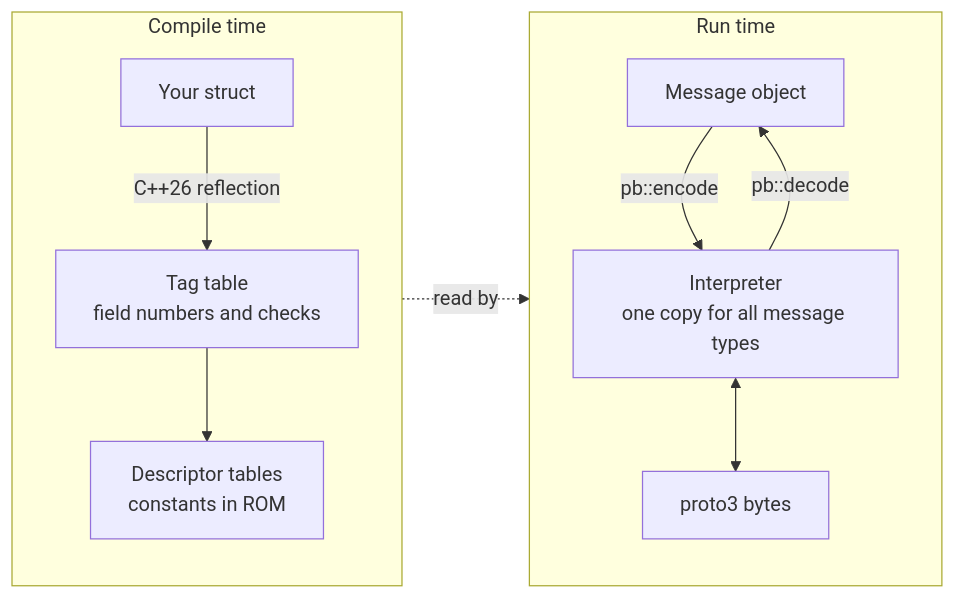
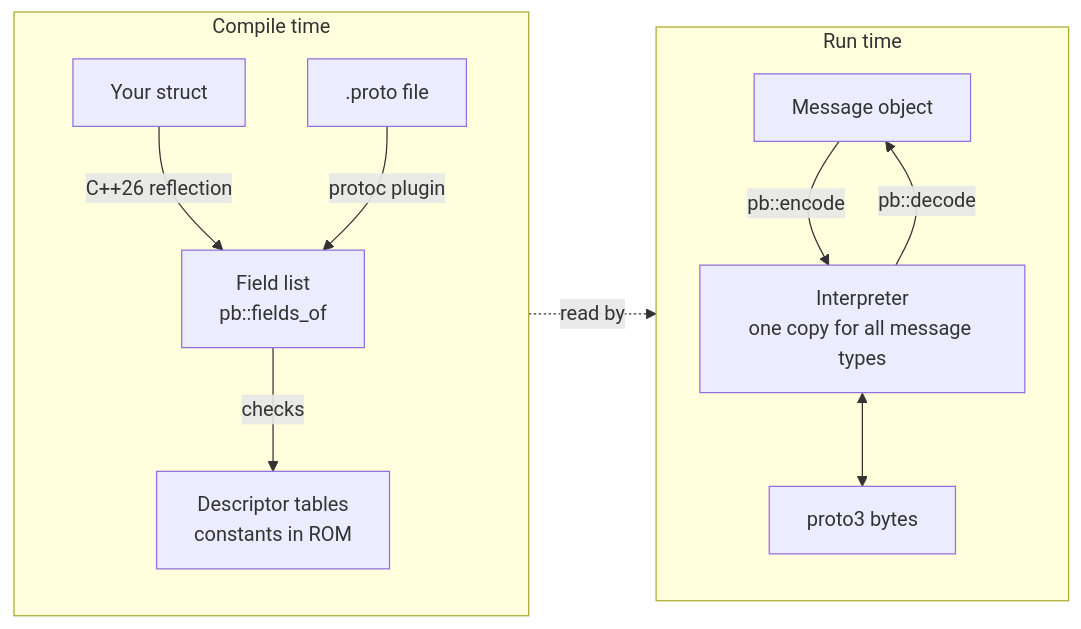
Before and after one commit to P-i-N/micropb: the first of 6 diagrams in README.md, drawn with Mermaid. The commit also changed other lines of this file and 3 other files, not shown here.

Commit message:
docs(micropb): document field lists and compilers without reflection

````diff
--- a/README.md
+++ b/README.md
@@ -98,15 +100,16 @@
 ```mermaid
 flowchart LR
     subgraph CT["Compile time"]
         direction TB
-        S["Your struct"] -->|"C++26 reflection"| TT["Tag table<br/>field numbers and checks"]
-        TT --> D["Descriptor tables<br/>constants in ROM"]
+        S["Your struct"] -->|"C++26 reflection"| TT["Field list<br/>pb::fields_of"]
+        P[".proto file"] -->|"protoc plugin"| TT
+        TT -->|"checks"| D["Descriptor tables<br/>constants in ROM"]
     end
     subgraph RT["Run time"]
         direction TB
         M["Message object"] -->|"pb::encode"| I["Interpreter<br/>one copy for all message types"]
         I -->|"pb::decode"| M
         I <--> W["proto3 bytes"]
     end
     D -.->|"read by"| I
 ```
````
